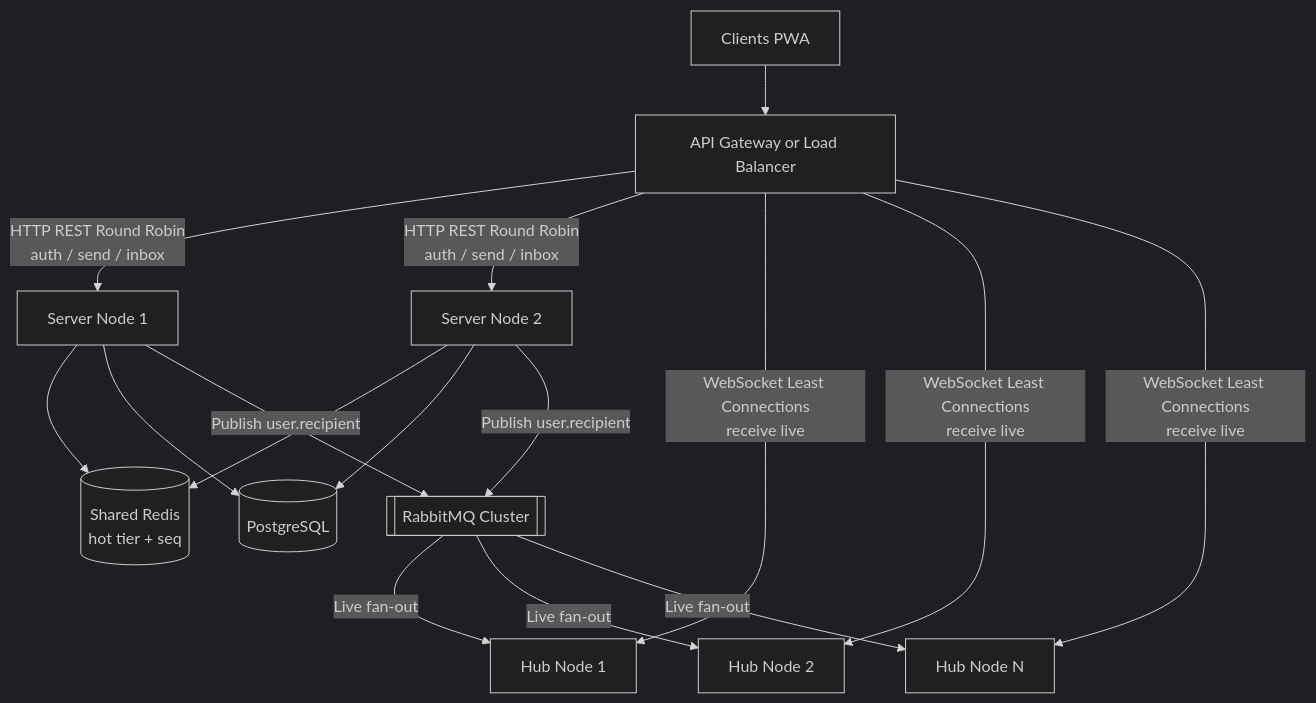
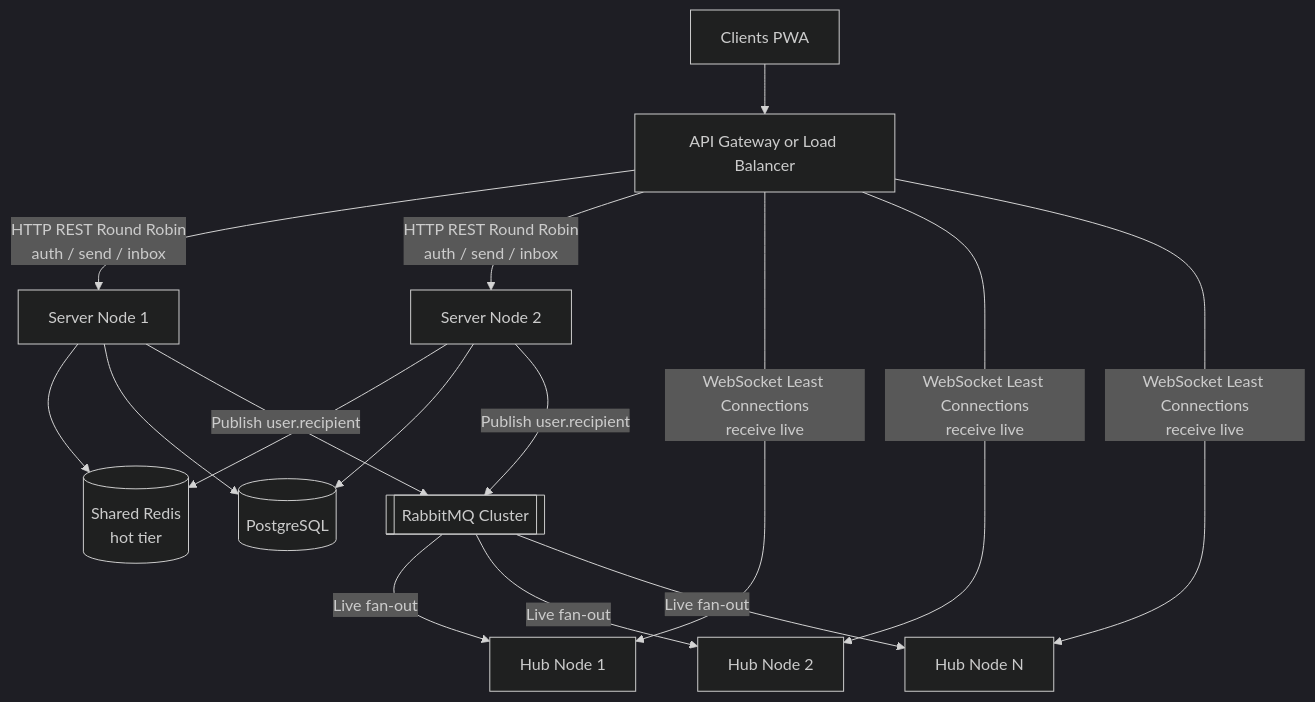
One commit to olshanskyev/fourletters-meta changed the second of 3 diagrams in doc/FUTURE_EXTENSIONS.md. Above: the diagram before and after it, drawn with Mermaid (dark theme). The commit also changed other lines of this file and 6 other files, not shown here.

````diff
--- a/doc/FUTURE_EXTENSIONS.md
+++ b/doc/FUTURE_EXTENSIONS.md
@@ -104,22 +105,22 @@
 ```mermaid
 flowchart TD
     Clients[Clients PWA] --> LB["API Gateway or Load Balancer"]
 
     LB -->|HTTP REST Round Robin<br/>auth / send / inbox| S1["Server Node 1"]
     LB -->|HTTP REST Round Robin<br/>auth / send / inbox| S2["Server Node 2"]
 
     LB -->|WebSocket Least Connections<br/>receive live| H1["Hub Node 1"]
     LB -->|WebSocket Least Connections<br/>receive live| H2["Hub Node 2"]
     LB -->|WebSocket Least Connections<br/>receive live| HN["Hub Node N"]
 
-    S1 --> Redis[(Shared Redis<br/>hot tier + seq)]
+    S1 --> Redis[(Shared Redis<br/>hot tier)]
     S2 --> Redis
     S1 --> DB[(PostgreSQL)]
     S2 --> DB
 
     S1 -->|Publish user.recipient| MQ[[RabbitMQ Cluster]]
     S2 -->|Publish user.recipient| MQ
     MQ -->|Live fan-out| H1
     MQ -->|Live fan-out| H2
     MQ -->|Live fan-out| HN
 ```
````
